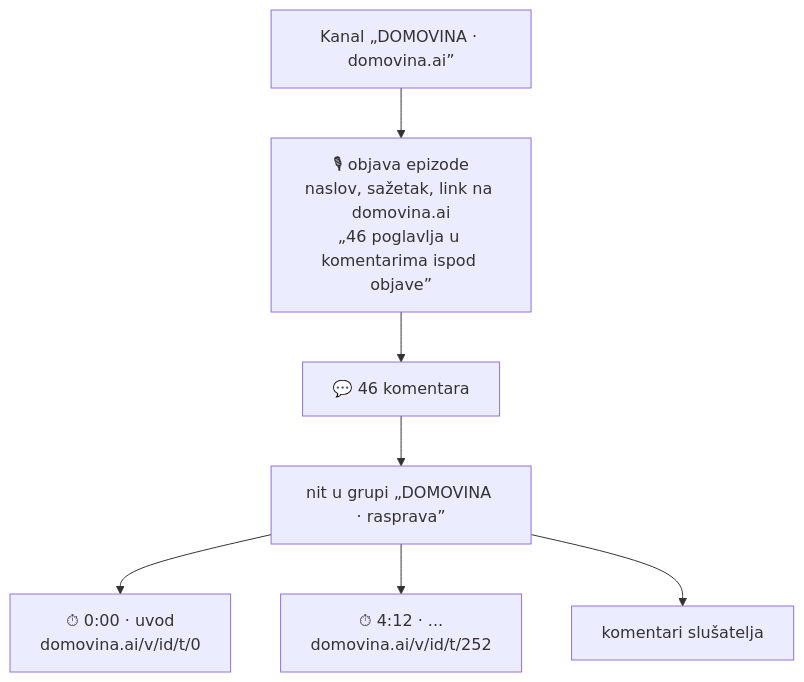
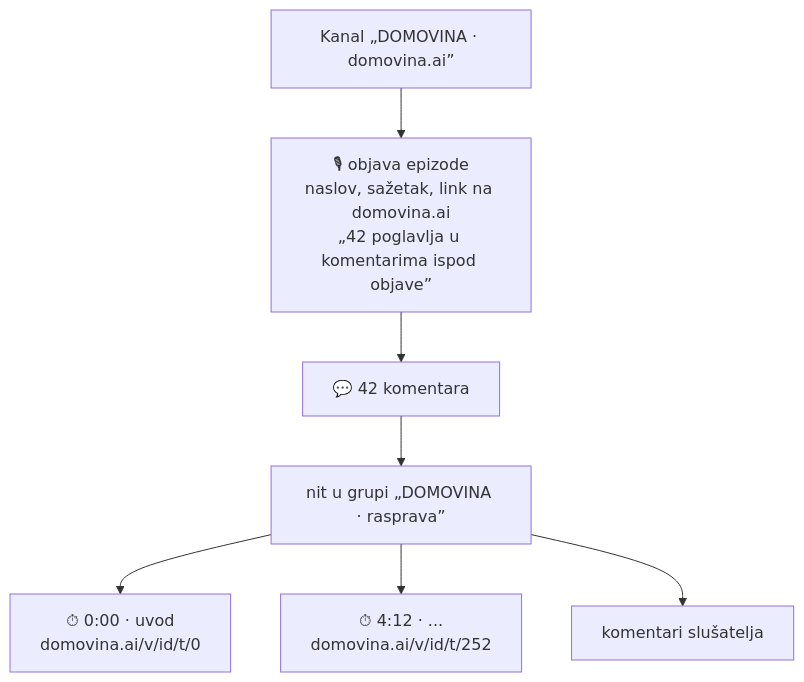
One commit to domovinatv/telegram.domovina.ai changed the second of 3 diagrams in docs/2026-11-19-poglavlja-u-komentarima-i-prvi-kanal.md. Above: the diagram before and after it, drawn with Mermaid. The commit also changed other lines of this file, not shown here.

First line of the commit message:
docs: test epizoda ima 42 poglavlja, ne 46

````diff
--- a/docs/2026-11-19-poglavlja-u-komentarima-i-prvi-kanal.md
+++ b/docs/2026-11-19-poglavlja-u-komentarima-i-prvi-kanal.md
@@ -72,9 +72,9 @@
 ```mermaid
 flowchart TD
-  K["Kanal „DOMOVINA · domovina.ai”"] --> O["🎙 objava epizode<br/>naslov, sažetak, link na domovina.ai<br/>„46 poglavlja u komentarima ispod objave”"]
-  O --> C["💬 46 komentara"]
+  K["Kanal „DOMOVINA · domovina.ai”"] --> O["🎙 objava epizode<br/>naslov, sažetak, link na domovina.ai<br/>„42 poglavlja u komentarima ispod objave”"]
+  O --> C["💬 42 komentara"]
   C --> N["nit u grupi „DOMOVINA · rasprava”"]
   N --> P1["⏱ 0:00 · uvod<br/>domovina.ai/v/id/t/0"]
   N --> P2["⏱ 4:12 · ...<br/>domovina.ai/v/id/t/252"]
   N --> R["komentari slušatelja"]
 ```
````
